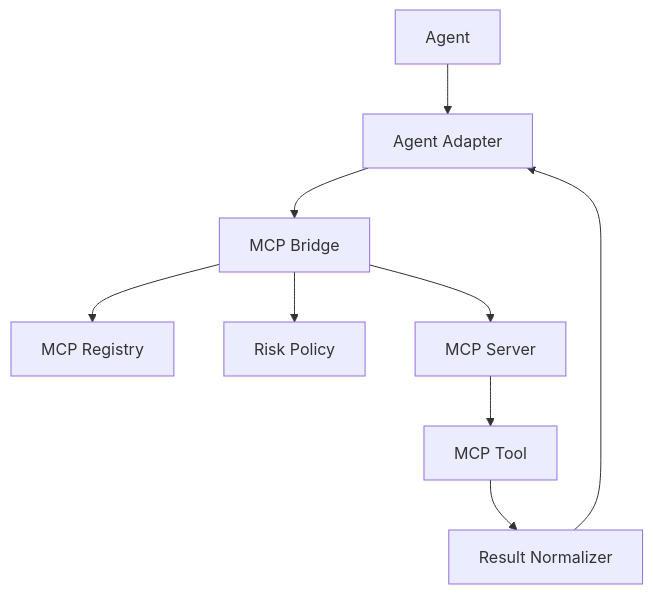
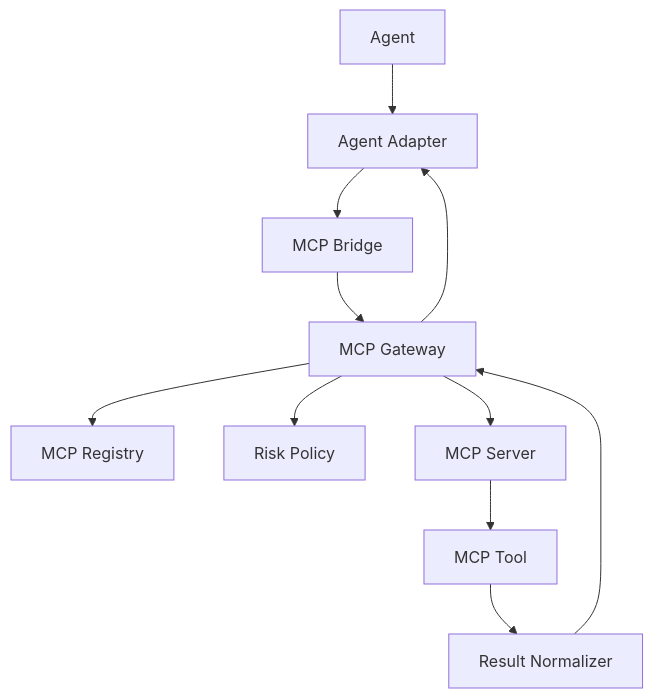
The fifth of 10 diagrams in docs/04-agent/agent-architecture.md (StanlySGY/Content-Factory), drawn with Mermaid before and after one commit. The commit also changed other lines of this file and 17 other files, not shown here.

````diff
--- a/docs/04-agent/agent-architecture.md
+++ b/docs/04-agent/agent-architecture.md
@@ -337,20 +364,23 @@
 ```mermaid
 flowchart TB
     Agent[Agent]
     Adapter[Agent Adapter]
     MCPBridge[MCP Bridge]
+    MCPGateway[MCP Gateway]
     MCPRegistry[MCP Registry]
     RiskPolicy[Risk Policy]
     MCPServer[MCP Server]
     MCPTool[MCP Tool]
     Normalizer[Result Normalizer]
 
     Agent --> Adapter
     Adapter --> MCPBridge
-    MCPBridge --> MCPRegistry
-    MCPBridge --> RiskPolicy
-    MCPBridge --> MCPServer
+    MCPBridge --> MCPGateway
+    MCPGateway --> MCPRegistry
+    MCPGateway --> RiskPolicy
+    MCPGateway --> MCPServer
     MCPServer --> MCPTool
     MCPTool --> Normalizer
-    Normalizer --> Adapter
+    Normalizer --> MCPGateway
+    MCPGateway --> Adapter
 ```
````
